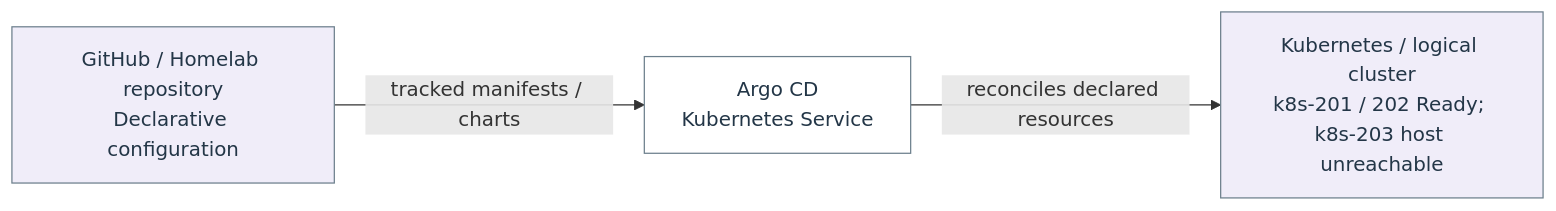
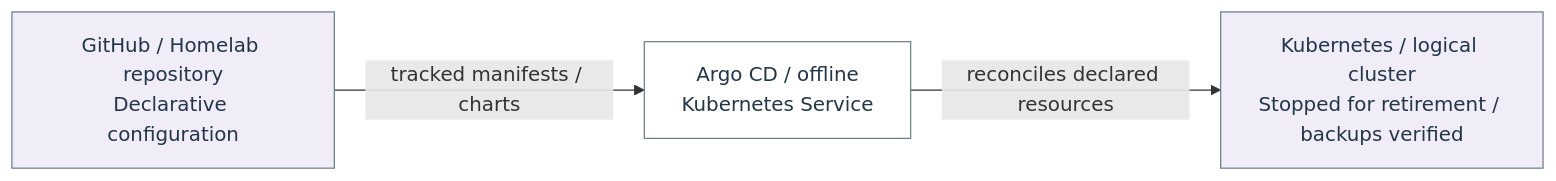
The diagram in docs/architecture/flow-17.mmd (Harsh-2002/Homelab), drawn with Mermaid before and after one commit. The commit also changed 77 other files, not shown here.

```diff
--- a/docs/architecture/flow-17.mmd
+++ b/docs/architecture/flow-17.mmd
@@ -1,10 +1,10 @@
 flowchart LR
   n_flow_17_0["GitHub / Homelab repository<br/>Declarative configuration"]
-  n_flow_17_1["Argo CD<br/>Kubernetes Service"]
-  n_flow_17_2["Kubernetes / logical cluster<br/>k8s-201 / 202 Ready; k8s-203 host unreachable"]
+  n_flow_17_1["Argo CD / offline<br/>Kubernetes Service"]
+  n_flow_17_2["Kubernetes / logical cluster<br/>Stopped for retirement / backups verified"]
   n_flow_17_0 -->|"tracked manifests / charts"| n_flow_17_1
   n_flow_17_1 -->|"reconciles declared resources"| n_flow_17_2
   classDef c_flow_17_0 fill:#f0edf9,stroke:#6c7f8c,color:#233647;
   class n_flow_17_0,n_flow_17_2 c_flow_17_0;
   classDef c_flow_17_1 fill:#ffffff,stroke:#6c7f8c,color:#233647;
   class n_flow_17_1 c_flow_17_1;
```
